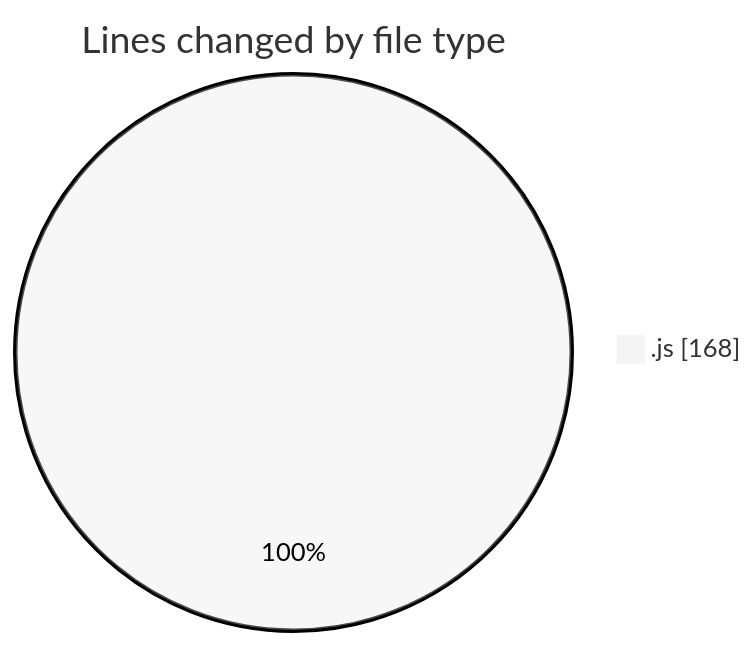
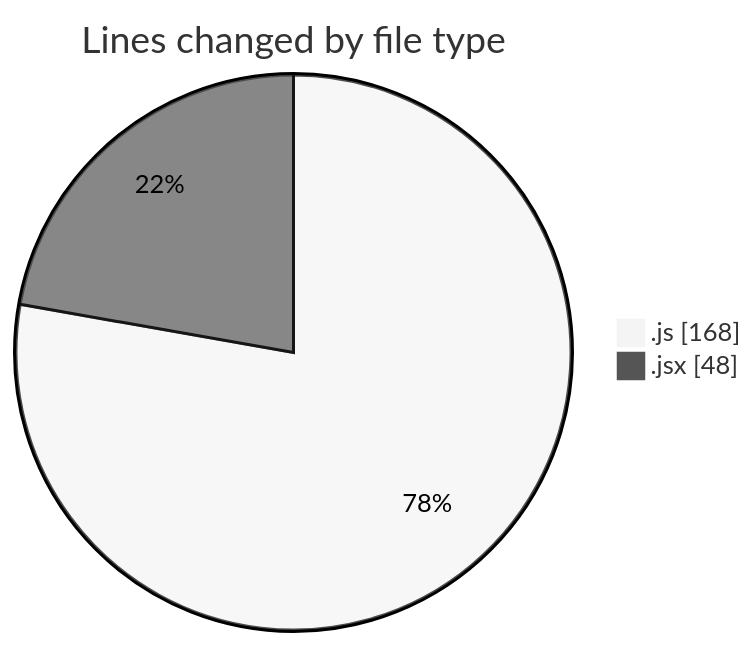
The first of 2 diagrams in 2025-03-11/finite_vercel_app/README.md (charlie-sans/code-tracking), drawn with Mermaid (neutral theme) before and after one commit. The commit also changed other lines of this file and 1 other file, not shown here.

````diff
--- a/2025-03-11/finite_vercel_app/README.md
+++ b/2025-03-11/finite_vercel_app/README.md
@@ -20,5 +21,6 @@
 ```mermaid
 pie showData
 title Lines changed by file type
 ".js" : 168
+".jsx" : 48
 ```
````
